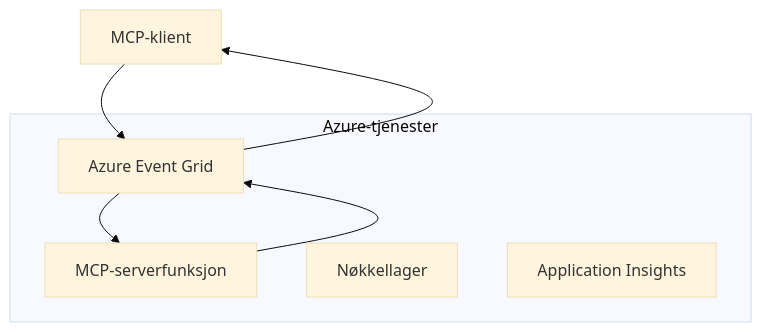
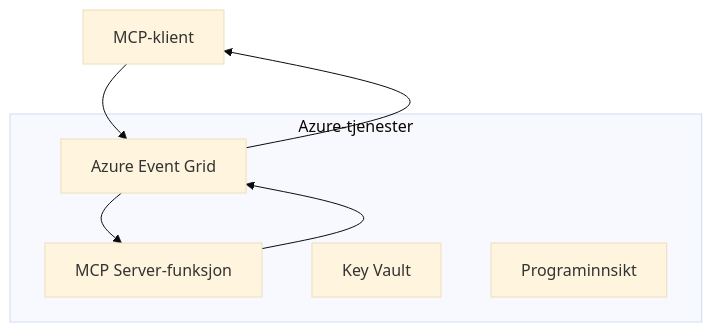
The first of 2 diagrams in mcp_ecosystem__model_context_protocol/mcp_learning_resources/mcp-for-beginners/translations/no/05-AdvancedTopics/mcp-transport/README.md (HIDORAKAI002/ai-workspace-archive), drawn with Mermaid (base theme) before and after one commit. The commit also changed other lines of this file and 1046 other files, not shown here.

````diff
--- a/mcp_ecosystem__model_context_protocol/mcp_learning_resources/mcp-for-beginners/translations/no/05-AdvancedTopics/mcp-transport/README.md
+++ b/mcp_ecosystem__model_context_protocol/mcp_learning_resources/mcp-for-beginners/translations/no/05-AdvancedTopics/mcp-transport/README.md
@@ -58,14 +60,14 @@
 ```mermaid
 graph TB
     Client[MCP-klient] --> EG[Azure Event Grid]
-    EG --> Server[MCP-serverfunksjon]
+    EG --> Server[MCP Server-funksjon]
     Server --> EG
     EG --> Client
     
     subgraph "Azure-tjenester"
         EG
         Server
-        KV[Nøkkellager]
-        Monitor[Application Insights]
+        KV[Key Vault]
+        Monitor[Programinnsikt]
     end
 ```
````
